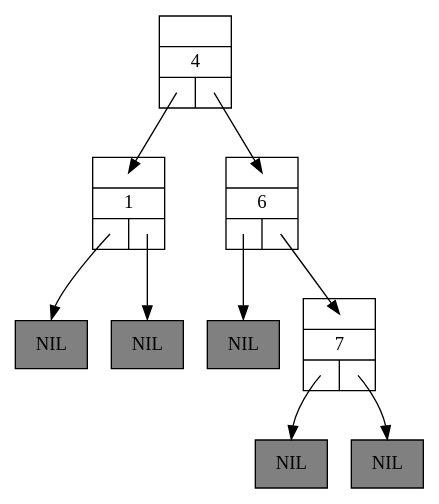
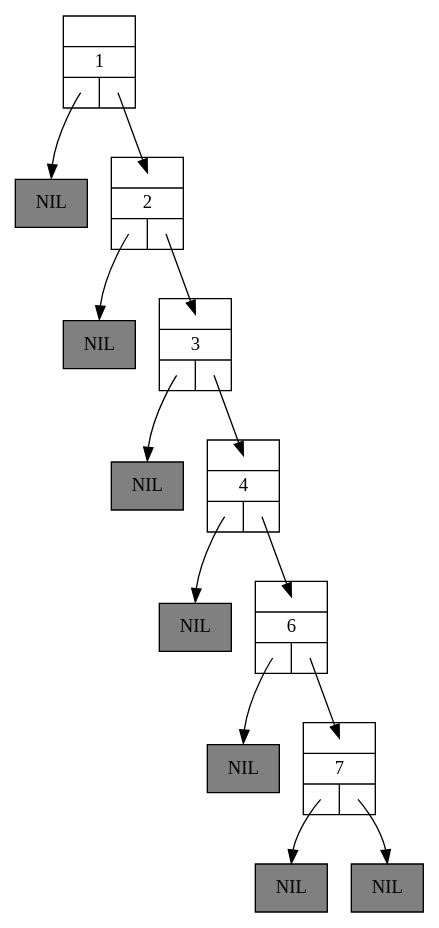
The diagram in cmake-build-debug/Tree-4.dot (Bjornieee/Algo3_TP5), drawn with Graphviz before and after one commit. The commit also changed 58 other files, not shown here.

```diff
--- a/cmake-build-debug/Tree-4.dot
+++ b/cmake-build-debug/Tree-4.dot
@@ -1,23 +1,31 @@
 digraph BinarySearchTree3 {
 	graph [ranksep=0.5];
 	node [shape = record];
 
 	n1 [label="{{<parent>}|1|{<left>|<right>}}"];
 	lnil1 [style=filled, fillcolor=grey, label="NIL"];
 	n1:left:c -> lnil1:n [headclip=false, tailclip=false]
-	rnil1 [style=filled, fillcolor=grey, label="NIL"];
-	n1:right:c -> rnil1:n [headclip=false, tailclip=false]
+	n1:right:c -> n2:parent:c [headclip=false, tailclip=false]
+	n2 [label="{{<parent>}|2|{<left>|<right>}}"];
+	lnil2 [style=filled, fillcolor=grey, label="NIL"];
+	n2:left:c -> lnil2:n [headclip=false, tailclip=false]
+	n2:right:c -> n3:parent:c [headclip=false, tailclip=false]
+	n3 [label="{{<parent>}|3|{<left>|<right>}}"];
+	lnil3 [style=filled, fillcolor=grey, label="NIL"];
+	n3:left:c -> lnil3:n [headclip=false, tailclip=false]
+	n3:right:c -> n4:parent:c [headclip=false, tailclip=false]
 	n4 [label="{{<parent>}|4|{<left>|<right>}}"];
-	n4:left:c -> n1:parent:c [headclip=false, tailclip=false]
+	lnil4 [style=filled, fillcolor=grey, label="NIL"];
+	n4:left:c -> lnil4:n [headclip=false, tailclip=false]
 	n4:right:c -> n6:parent:c [headclip=false, tailclip=false]
 	n6 [label="{{<parent>}|6|{<left>|<right>}}"];
 	lnil6 [style=filled, fillcolor=grey, label="NIL"];
 	n6:left:c -> lnil6:n [headclip=false, tailclip=false]
 	n6:right:c -> n7:parent:c [headclip=false, tailclip=false]
 	n7 [label="{{<parent>}|7|{<left>|<right>}}"];
 	lnil7 [style=filled, fillcolor=grey, label="NIL"];
 	n7:left:c -> lnil7:n [headclip=false, tailclip=false]
 	rnil7 [style=filled, fillcolor=grey, label="NIL"];
 	n7:right:c -> rnil7:n [headclip=false, tailclip=false]
 
 }
```
